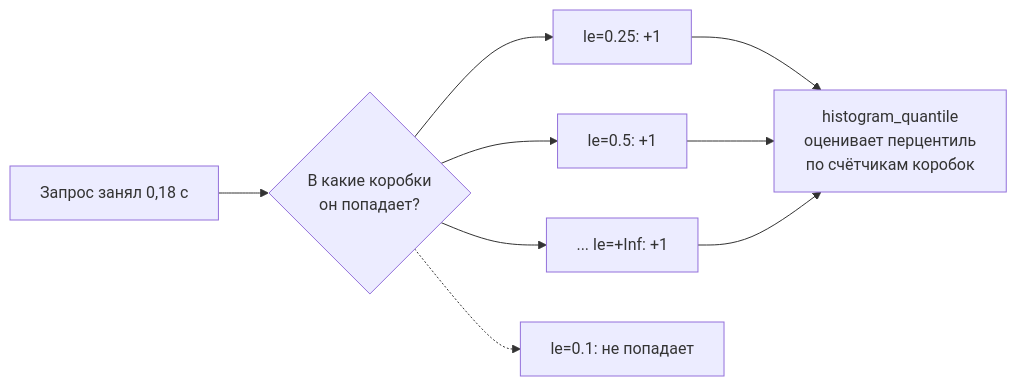
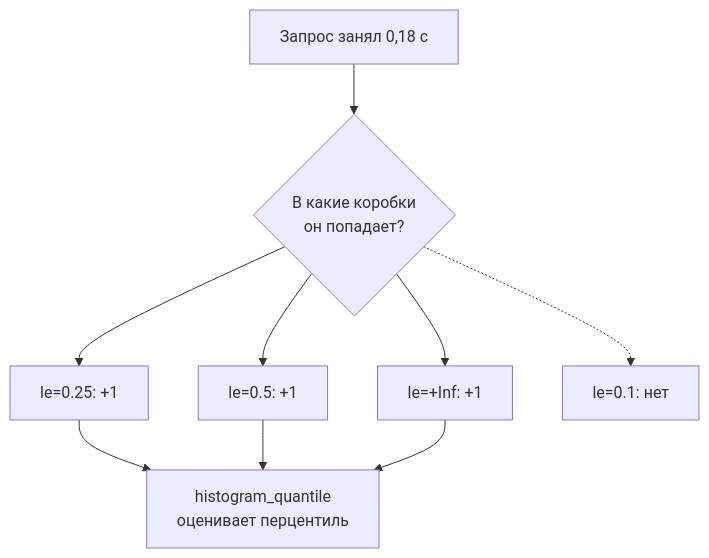
Before and after one commit to distinguished-sre/load-tester: the second of 3 diagrams in 08-perf-theory/01-latency-throughput.md, drawn with Mermaid. The commit also changed other lines of this file and 6 other files, not shown here.

First line of the commit message:
Виджеты и схемы переделаны по отзыву: автостарт, объяснения, подсказки при наведении

````diff
--- a/08-perf-theory/01-latency-throughput.md
+++ b/08-perf-theory/01-latency-throughput.md
@@ -235,9 +236,9 @@
 ```mermaid
-flowchart LR
+flowchart TD
     A["Запрос занял 0,18 с"] --> B{"В какие коробки<br/>он попадает?"}
     B --> C["le=0.25: +1"]
     B --> D["le=0.5: +1"]
-    B --> E["... le=+Inf: +1"]
-    B -.-> F["le=0.1: не попадает"]
-    C & D & E --> G["histogram_quantile<br/>оценивает перцентиль<br/>по счётчикам коробок"]
+    B --> E["le=+Inf: +1"]
+    B -.-> F["le=0.1: нет"]
+    C & D & E --> G["histogram_quantile<br/>оценивает перцентиль"]
 ```
````
